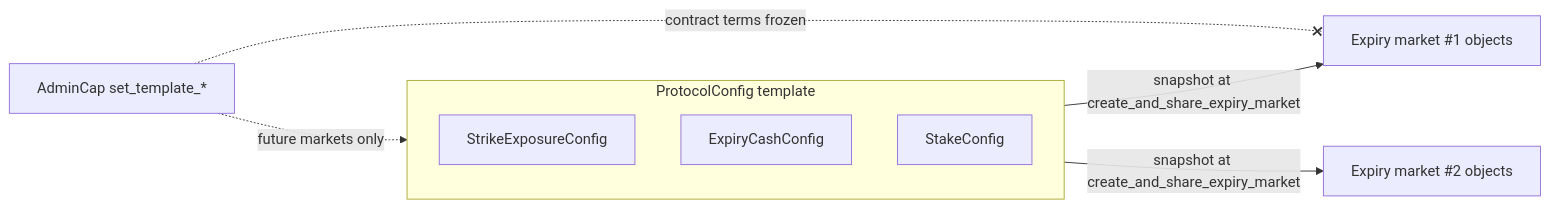
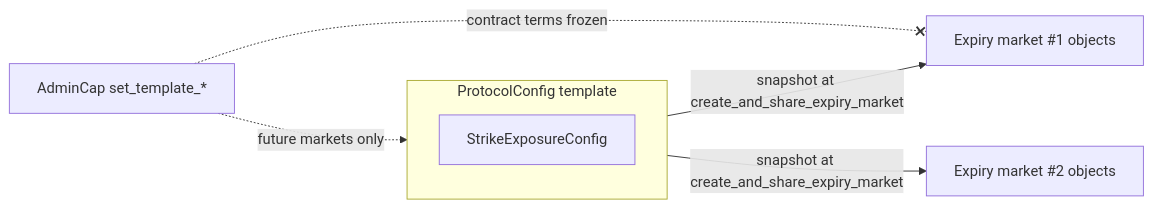
One commit to MystenLabs/deepbookv3 changed the diagram in packages/predict/docs/design/configuration.md. Above: the diagram before and after it, drawn with Mermaid. The commit also changed other lines of this file and 62 other files, not shown here.

````diff
--- a/packages/predict/docs/design/configuration.md
+++ b/packages/predict/docs/design/configuration.md
@@ -39,12 +37,10 @@
 ```mermaid
 flowchart LR
     subgraph PC[ProtocolConfig template]
       SEC[StrikeExposureConfig]
-      ECC[ExpiryCashConfig]
-      STC[StakeConfig]
     end
     PC -- snapshot at create_and_share_expiry_market --> M1[Expiry market #1 objects]
     PC -- snapshot at create_and_share_expiry_market --> M2[Expiry market #2 objects]
     admin[AdminCap set_template_*] -. future markets only .-> PC
     admin -. contract terms frozen .-x M1
 ```
````
